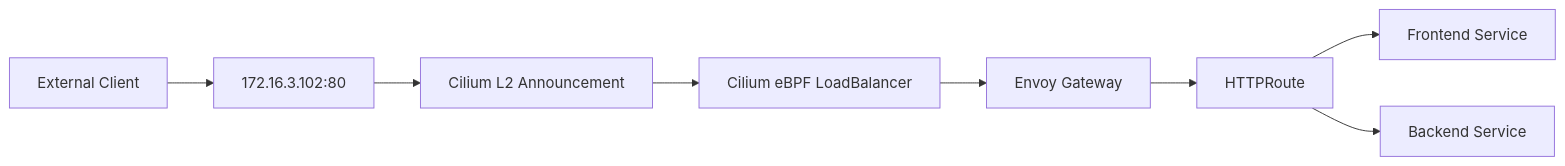
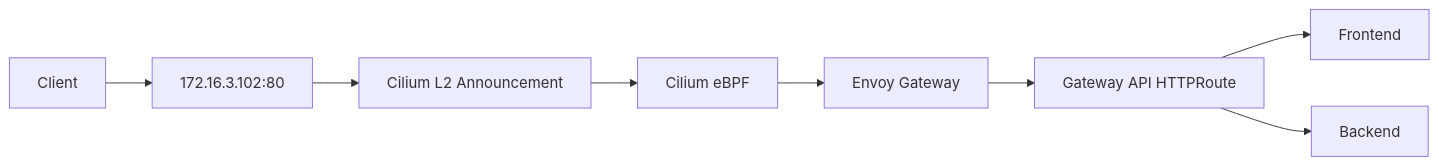
Diagram 18 of 30 in docs/02-cilium/README.md (ahmed-sayed-devops/microservices-platform-gitops), drawn with Mermaid before and after one commit. The commit also changed other lines of this file, not shown here.

Commit message:
docs: add Cilium networking documentation

````diff
--- a/docs/02-cilium/README.md
+++ b/docs/02-cilium/README.md
@@ -1283,28 +1076,27 @@
 ```mermaid
 flowchart LR
 
-    Client["External Client"]
+    Client["Client"]
 
     VIP["172.16.3.102:80"]
 
     L2["Cilium L2 Announcement"]
 
-    LB["Cilium eBPF LoadBalancer"]
+    Cilium["Cilium eBPF"]
 
     Envoy["Envoy Gateway"]
 
-    Route["HTTPRoute"]
+    Route["Gateway API HTTPRoute"]
 
-    Frontend["Frontend Service"]
+    Frontend["Frontend"]
 
-    Backend["Backend Service"]
+    Backend["Backend"]
 
     Client --> VIP
     VIP --> L2
-    L2 --> LB
-    LB --> Envoy
+    L2 --> Cilium
+    Cilium --> Envoy
     Envoy --> Route
-
     Route --> Frontend
     Route --> Backend
 ```
````
